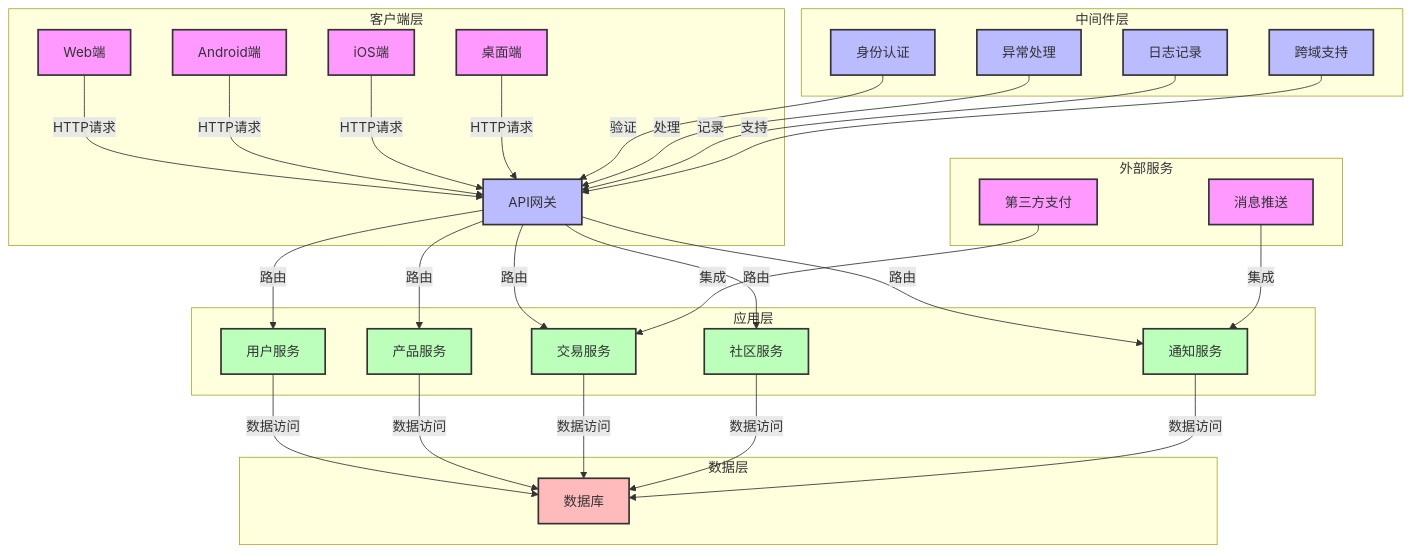
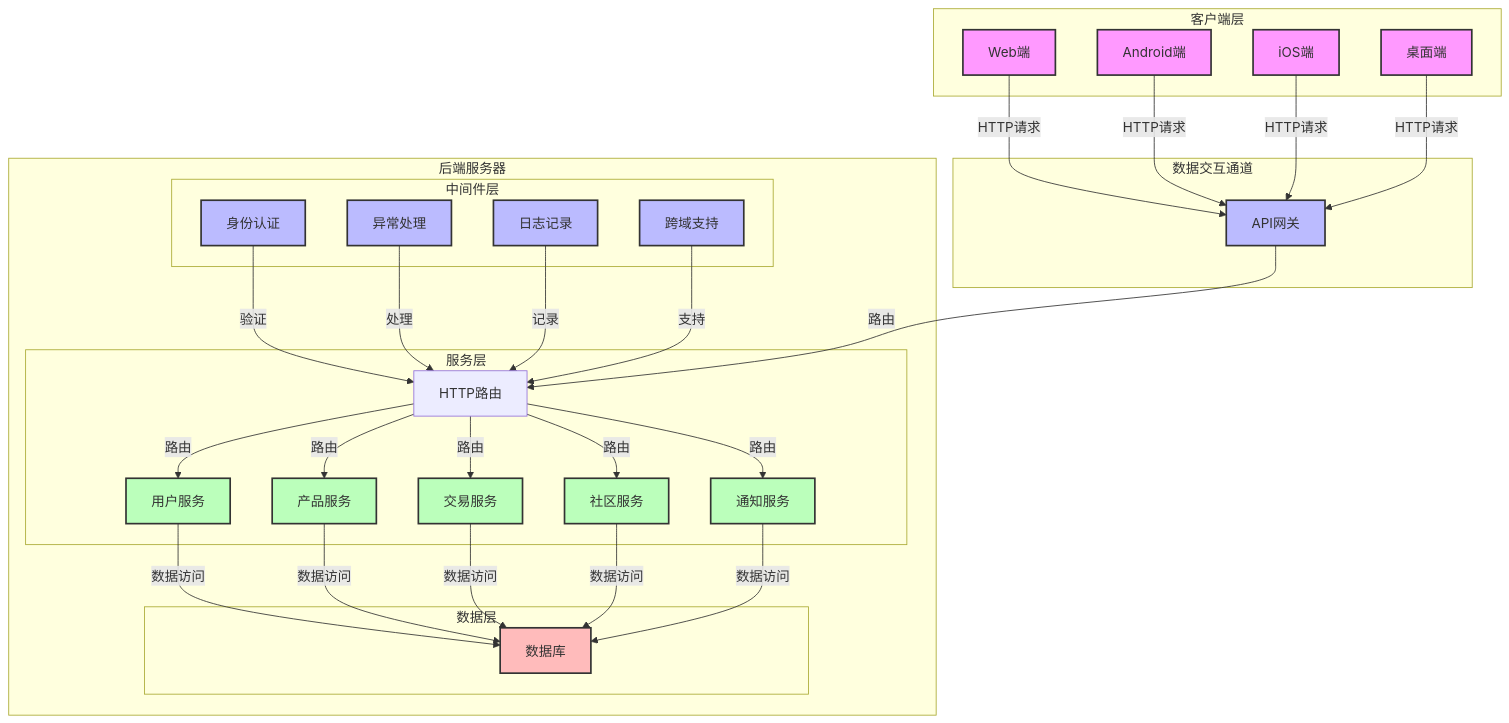
The third of 16 diagrams in report/report.md (57UU/southern_money), drawn with Mermaid before and after one commit.

````diff
--- a/report/report.md
+++ b/report/report.md
@@ -365,55 +365,55 @@
 ```mermaid
 flowchart TD
+
+    
+    subgraph 后端服务器
+      Router[HTTP路由]
+      subgraph 服务层
+          Router --> |路由| F[用户服务]
+          Router --> |路由| G[产品服务]
+          Router --> |路由| H[交易服务]
+          Router --> |路由| I[社区服务]
+          Router --> |路由| J[通知服务]
+      end
+      
+      subgraph 数据层
+          F --> |数据访问| K[数据库]
+          G --> |数据访问| K
+          H --> |数据访问| K
+          I --> |数据访问| K
+          J --> |数据访问| K
+      end
+      
+      subgraph 中间件层
+          L[身份认证] --> |验证| Router
+          M[异常处理] --> |处理| Router
+          N[日志记录] --> |记录| Router
+          O[跨域支持] --> |支持| Router
+      end
+    end
+    subgraph 数据交互通道
+      E[API网关] --> |路由| Router
+    end
     subgraph 客户端层
-        A[Web端] --> |HTTP请求| E[API网关]
+        A[Web端] --> |HTTP请求| E
         B[Android端] --> |HTTP请求| E
         C[iOS端] --> |HTTP请求| E
         D[桌面端] --> |HTTP请求| E
-    end
-    
-    subgraph 应用层
-        E --> |路由| F[用户服务]
-        E --> |路由| G[产品服务]
-        E --> |路由| H[交易服务]
-        E --> |路由| I[社区服务]
-        E --> |路由| J[通知服务]
-    end
-    
-    subgraph 数据层
-        F --> |数据访问| K[数据库]
-        G --> |数据访问| K
-        H --> |数据访问| K
-        I --> |数据访问| K
-        J --> |数据访问| K
-    end
-    
-    subgraph 中间件层
-        L[身份认证] --> |验证| E
-        M[异常处理] --> |处理| E
-        N[日志记录] --> |记录| E
-        O[跨域支持] --> |支持| E
-    end
-    
-    subgraph 外部服务
-        P[第三方支付] --> |集成| H
-        Q[消息推送] --> |集成| J
     end
     
     style A fill:#f9f,stroke:#333,stroke-width:2px
     style B fill:#f9f,stroke:#333,stroke-width:2px
     style C fill:#f9f,stroke:#333,stroke-width:2px
     style D fill:#f9f,stroke:#333,stroke-width:2px
     style E fill:#bbf,stroke:#333,stroke-width:2px
     style F fill:#bfb,stroke:#333,stroke-width:2px
     style G fill:#bfb,stroke:#333,stroke-width:2px
     style H fill:#bfb,stroke:#333,stroke-width:2px
     style I fill:#bfb,stroke:#333,stroke-width:2px
     style J fill:#bfb,stroke:#333,stroke-width:2px
     style K fill:#fbb,stroke:#333,stroke-width:2px
     style L fill:#bbf,stroke:#333,stroke-width:2px
     style M fill:#bbf,stroke:#333,stroke-width:2px
     style N fill:#bbf,stroke:#333,stroke-width:2px
     style O fill:#bbf,stroke:#333,stroke-width:2px
-    style P fill:#f9f,stroke:#333,stroke-width:2px
-    style Q fill:#f9f,stroke:#333,stroke-width:2px
 ```
````
